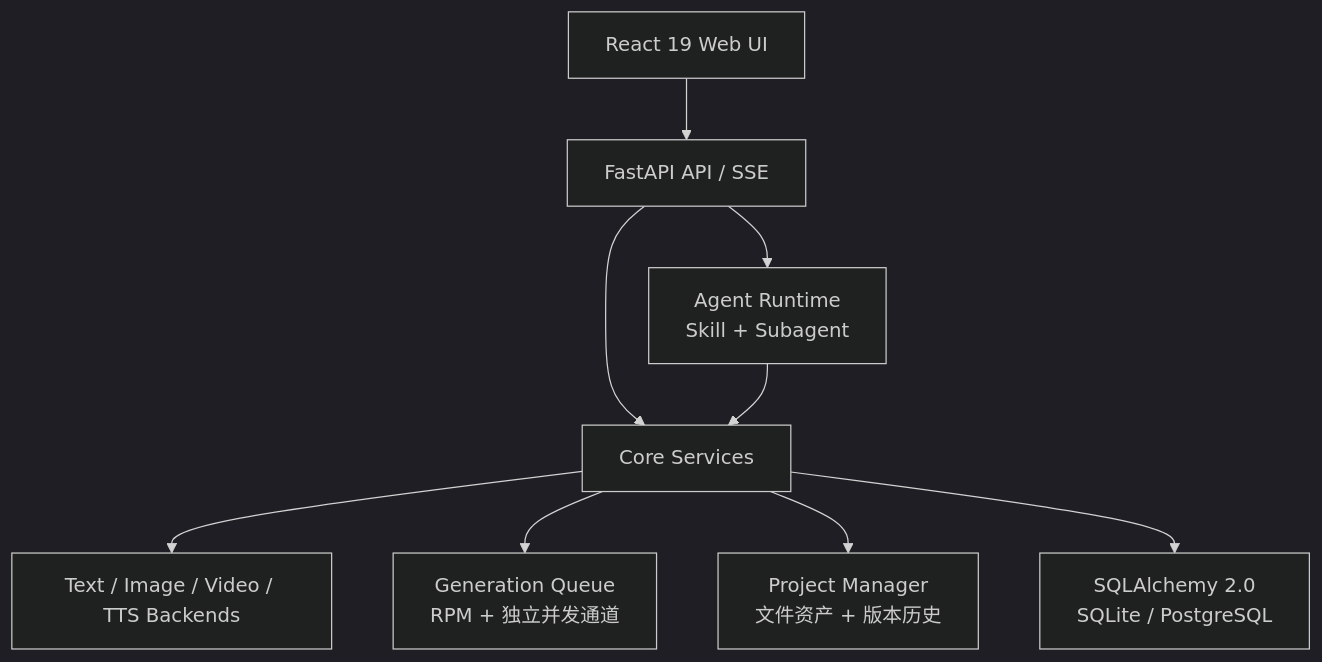
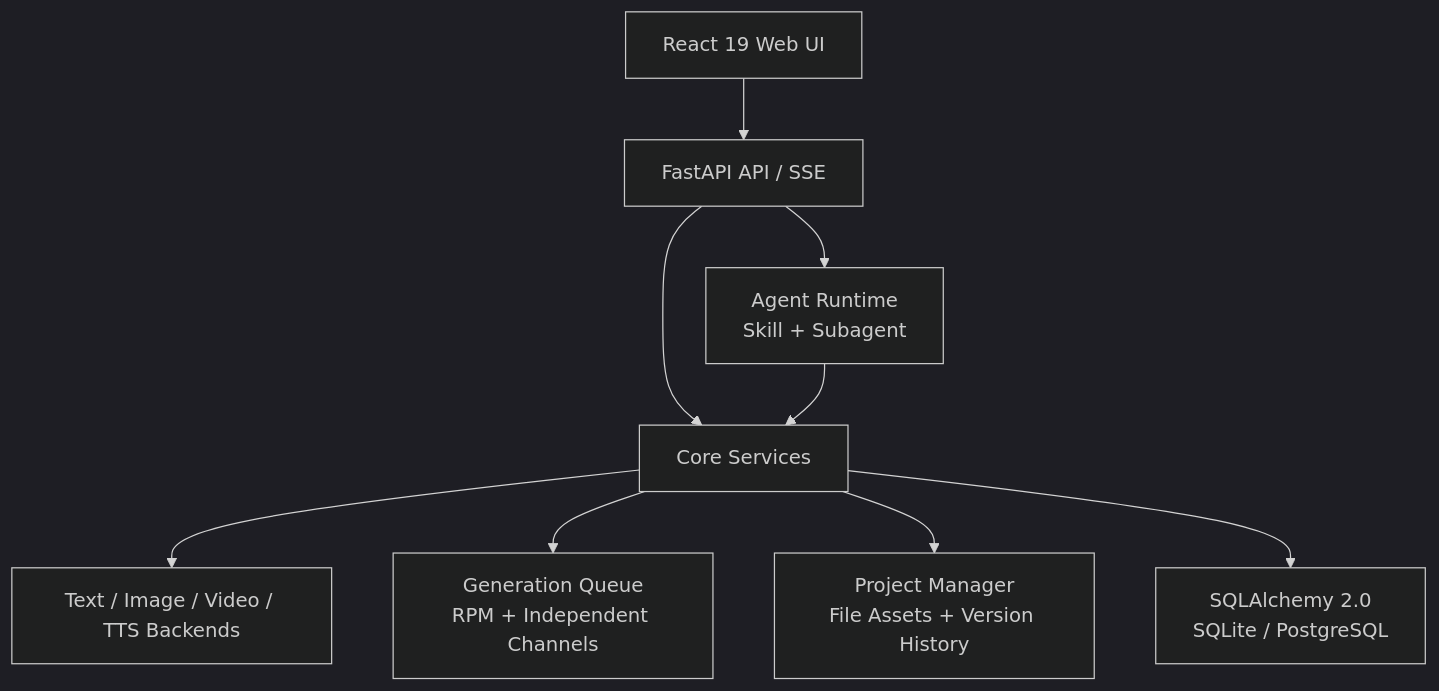
Before and after one commit to ArcReel/ArcReel: the second of 2 diagrams in README.en.md, drawn with Mermaid (dark theme). The commit also changed other lines of this file and 9 other files, not shown here.

````diff
--- a/README.en.md
+++ b/README.en.md
@@ -214,11 +212,11 @@
 ```mermaid
 flowchart TB
     UI["React 19 Web UI"] --> API["FastAPI API / SSE"]
     API --> AGENT["Agent Runtime<br/>Skill + Subagent"]
     API --> CORE["Core Services"]
     AGENT --> CORE
     CORE --> PROVIDERS["Text / Image / Video / TTS Backends"]
-    CORE --> QUEUE["Generation Queue<br/>RPM + 独立并发通道"]
-    CORE --> PROJECTS["Project Manager<br/>文件资产 + 版本历史"]
+    CORE --> QUEUE["Generation Queue<br/>RPM + Independent Channels"]
+    CORE --> PROJECTS["Project Manager<br/>File Assets + Version History"]
     CORE --> DB["SQLAlchemy 2.0<br/>SQLite / PostgreSQL"]
 ```
````
